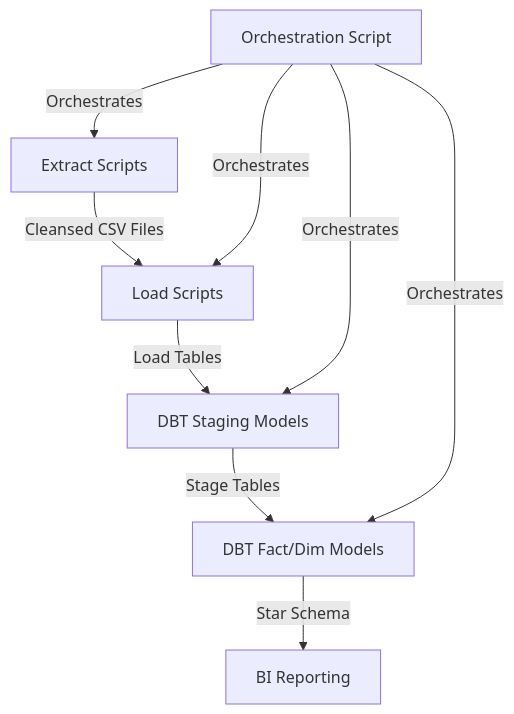
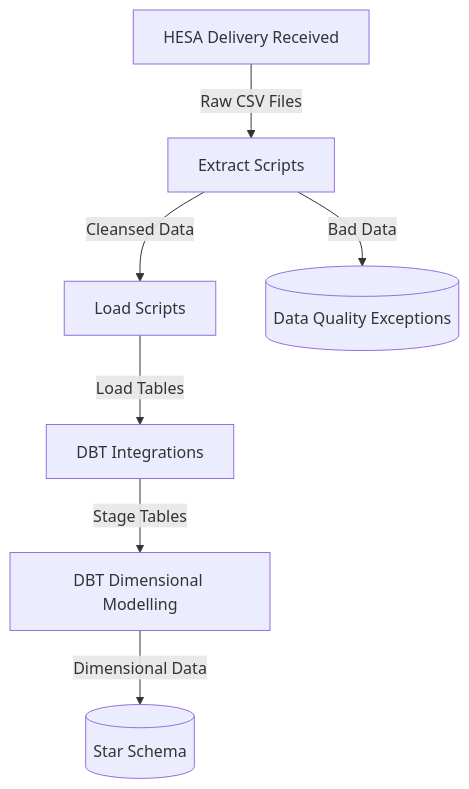
One commit to mart-123/data_thru changed the diagram in docs/architecture.md. Above: the diagram before and after it, drawn with Mermaid. The commit also changed other lines of this file and 22 other files, not shown here.

````diff
--- a/docs/architecture.md
+++ b/docs/architecture.md
@@ -8,11 +24,9 @@
 ```mermaid
 graph TD
-    A[Extract Scripts] -->|Cleansed CSV Files| B[Load Scripts]
-    B -->|Load Tables| C[DBT Staging Models]
-    C -->|Stage Tables| D[DBT Fact/Dim Models]
-    D -->|Star Schema| E[BI Reporting]
-    G[Orchestration Script] -->|Orchestrates| A
-    G -->|Orchestrates| B
-    G -->|Orchestrates| C
-    G -->|Orchestrates| D
+    G[HESA Delivery Received] -->|Raw CSV Files| A[Extract Scripts]
+    A -->|Cleansed Data| B[Load Scripts]
+    A -->|Bad Data| F[(Data Quality Exceptions)]
+    B -->|Load Tables| C[DBT Integrations]
+    C -->|Stage Tables| D[DBT Dimensional Modelling]
+    D -->|Dimensional Data| E[(Star Schema)]
 ```
````
